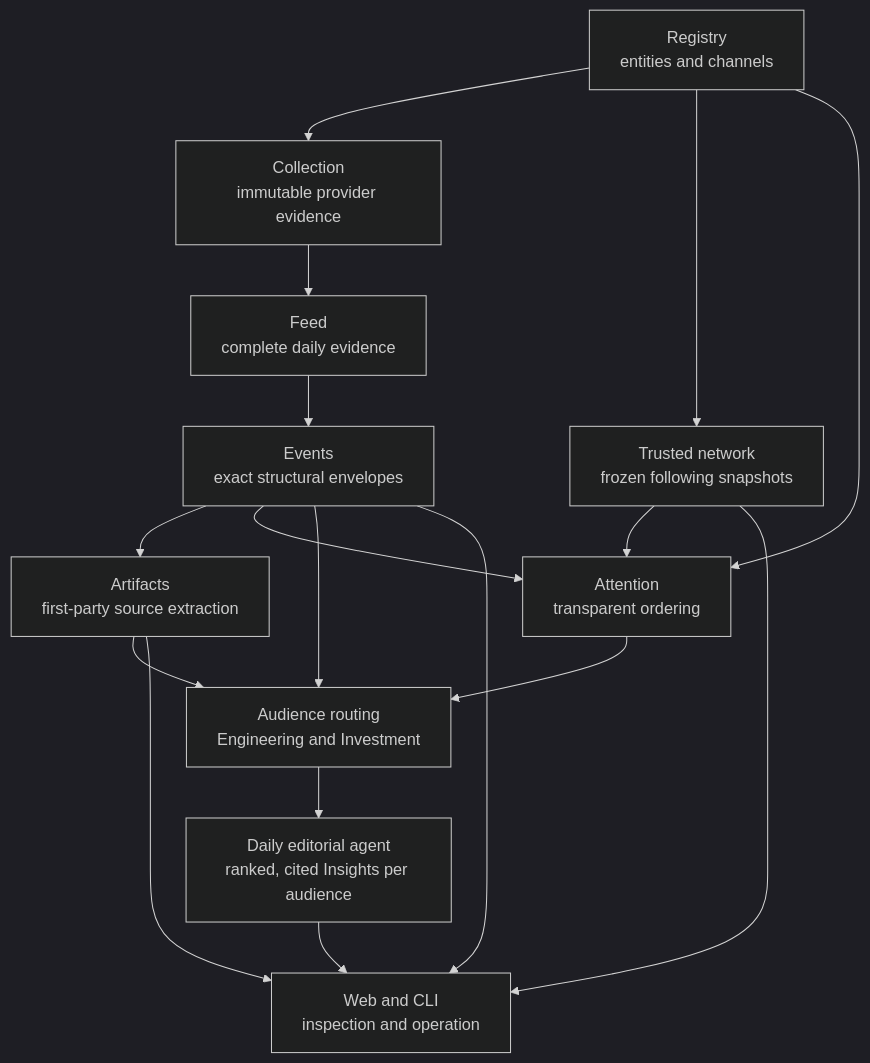
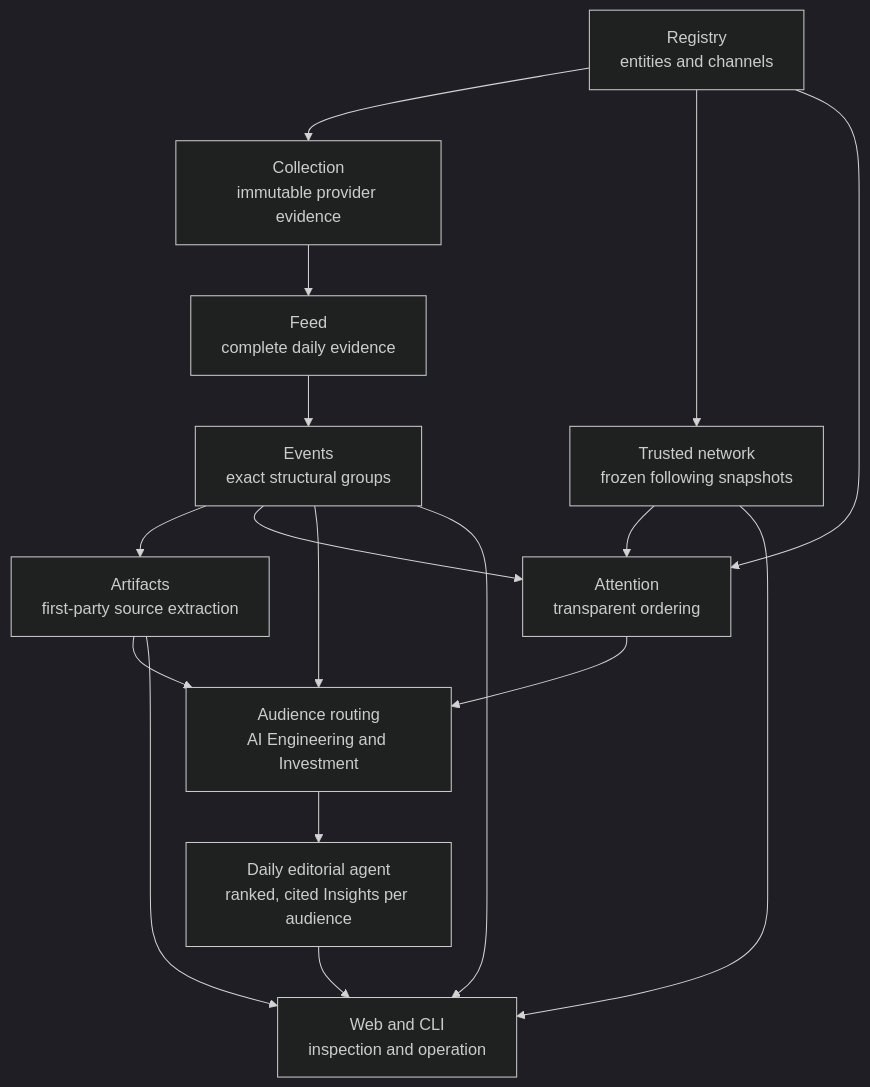
Before and after one commit to AdithyanI/frontier-lab-intelligence: the diagram in docs/architecture/overview.md, drawn with Mermaid (dark theme). The commit also changed other lines of this file and 63 other files, not shown here.

````diff
--- a/docs/architecture/overview.md
+++ b/docs/architecture/overview.md
@@ -15,19 +15,19 @@
 ```mermaid
 flowchart TD
     R["Registry<br/>entities and channels"] --> C["Collection<br/>immutable provider evidence"]
     R --> N["Trusted network<br/>frozen following snapshots"]
     C --> F["Feed<br/>complete daily evidence"]
-    F --> E["Events<br/>exact structural envelopes"]
+    F --> E["Events<br/>exact structural groups"]
     E --> A["Artifacts<br/>first-party source extraction"]
     N --> S["Attention<br/>transparent ordering"]
     R --> S
     E --> S
-    E --> Q["Audience routing<br/>Engineering and Investment"]
+    E --> Q["Audience routing<br/>AI Engineering and Investment"]
     A --> Q
     S --> Q
     Q --> I["Daily editorial agent<br/>ranked, cited Insights per audience"]
     I --> W["Web and CLI<br/>inspection and operation"]
     E --> W
     A --> W
     N --> W
 ```
````
